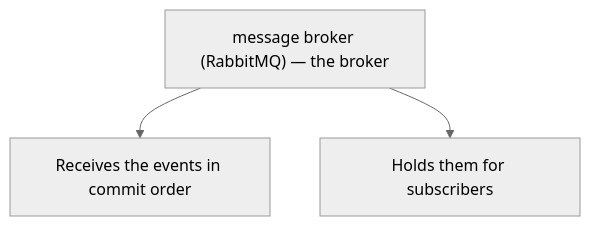
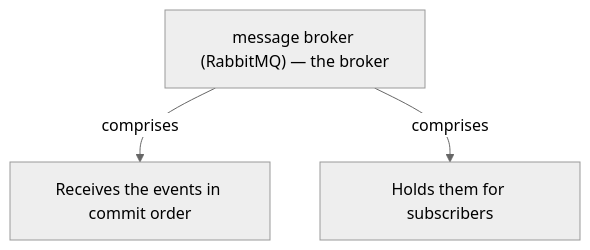
The sixth of 13 diagrams in docs/ch13-transaction-log-tailing.md (vinayakuber/microservices-io-study-guide), drawn with Mermaid (neutral theme) before and after one commit. The commit also changed other lines of this file and 71 other files, not shown here.

First line of the commit message:
R18: label every diagram arrow with its meaning

````diff
--- a/docs/ch13-transaction-log-tailing.md
+++ b/docs/ch13-transaction-log-tailing.md
@@ -209,6 +209,6 @@
 ```mermaid
 flowchart TD
   R["message broker (RabbitMQ) — the broker"]
-  R --> P0["Receives the events in commit order"]
-  R --> P1["Holds them for subscribers"]
+  R -->|"comprises"| P0["Receives the events in commit order"]
+  R -->|"comprises"| P1["Holds them for subscribers"]
 ```
````
